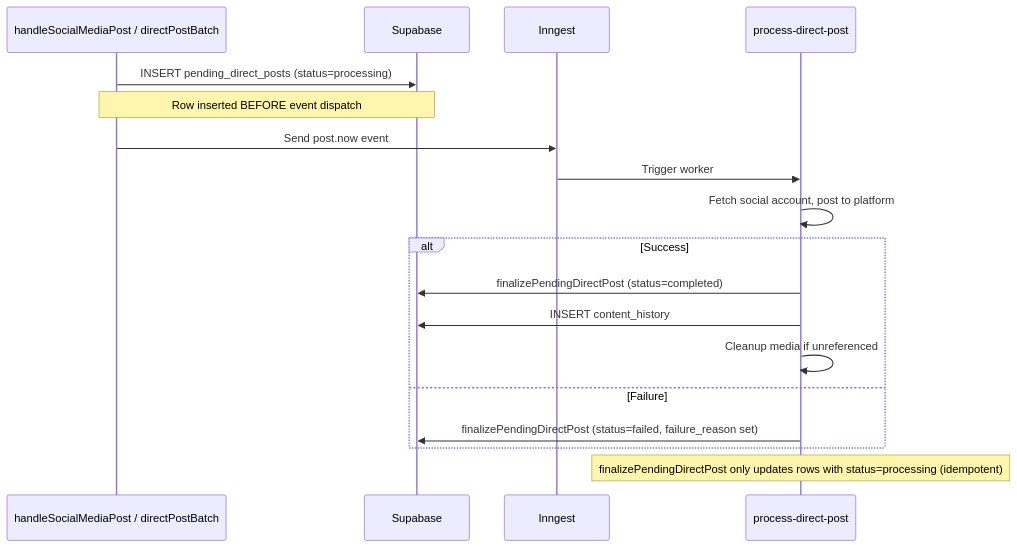
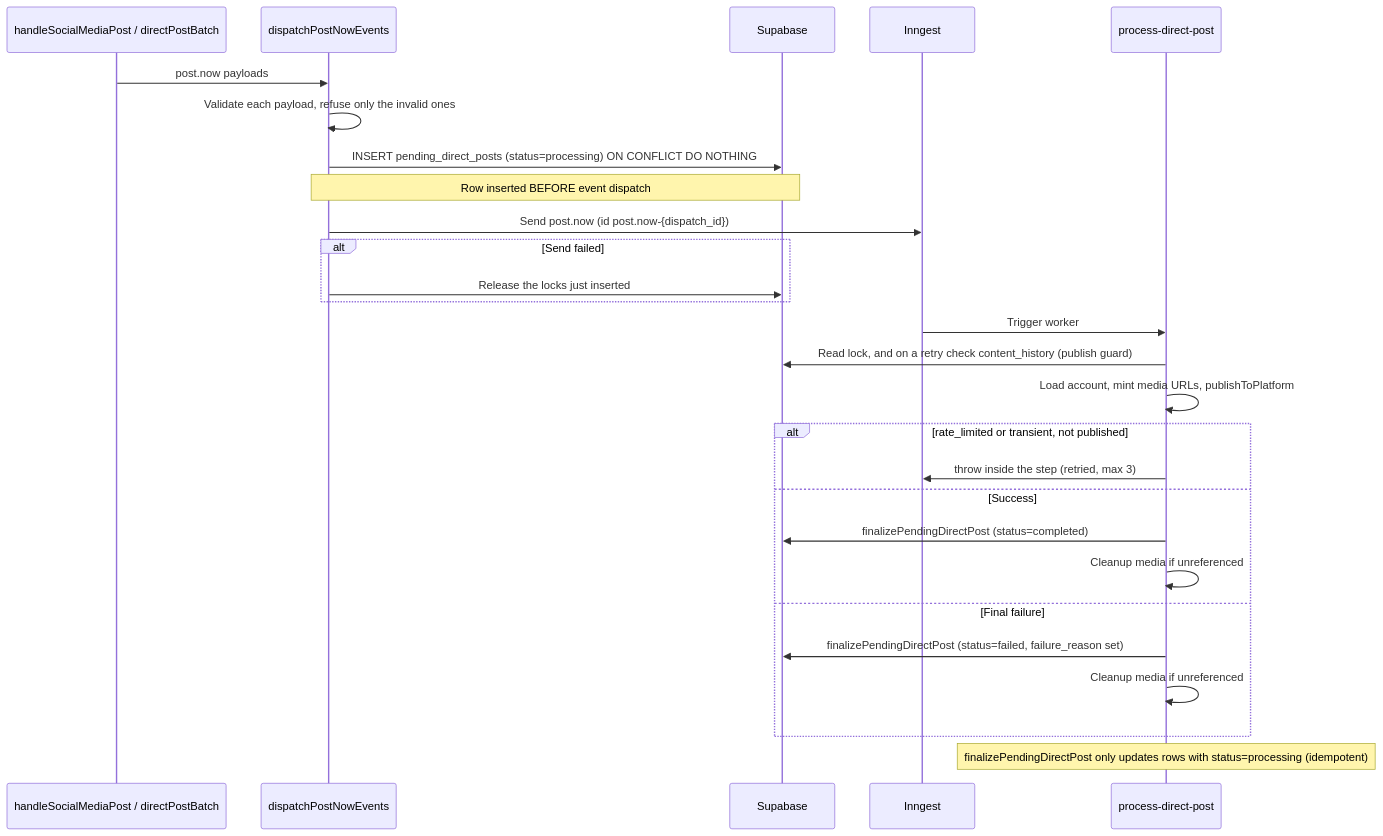
One commit to Andy00L/sharetopus changed the third of 4 diagrams in docs/SCHEDULING.md. Above: the diagram before and after it, drawn with Mermaid. The commit also changed other lines of this file and 15 other files, not shown here.

````diff
--- a/docs/SCHEDULING.md
+++ b/docs/SCHEDULING.md
@@ -110,21 +133,30 @@
 ```mermaid
 sequenceDiagram
     participant Handler as handleSocialMediaPost / directPostBatch
+    participant Dispatch as dispatchPostNowEvents
     participant DB as Supabase
     participant Inngest as Inngest
     participant Worker as process-direct-post
 
-    Handler->>DB: INSERT pending_direct_posts (status=processing)
-    Note over Handler,DB: Row inserted BEFORE event dispatch
-    Handler->>Inngest: Send post.now event
+    Handler->>Dispatch: post.now payloads
+    Dispatch->>Dispatch: Validate each payload, refuse only the invalid ones
+    Dispatch->>DB: INSERT pending_direct_posts (status=processing) ON CONFLICT DO NOTHING
+    Note over Dispatch,DB: Row inserted BEFORE event dispatch
+    Dispatch->>Inngest: Send post.now (id post.now-{dispatch_id})
+    alt Send failed
+        Dispatch->>DB: Release the locks just inserted
+    end
     Inngest->>Worker: Trigger worker
-    Worker->>Worker: Fetch social account, post to platform
-    alt Success
+    Worker->>DB: Read lock, and on a retry check content_history (publish guard)
+    Worker->>Worker: Load account, mint media URLs, publishToPlatform
+    alt rate_limited or transient, not published
+        Worker->>Inngest: throw inside the step (retried, max 3)
+    else Success
         Worker->>DB: finalizePendingDirectPost (status=completed)
-        Worker->>DB: INSERT content_history
         Worker->>Worker: Cleanup media if unreferenced
-    else Failure
+    else Final failure
         Worker->>DB: finalizePendingDirectPost (status=failed, failure_reason set)
+        Worker->>Worker: Cleanup media if unreferenced
     end
     Note over Worker: finalizePendingDirectPost only updates rows with status=processing (idempotent)
 ```
````
